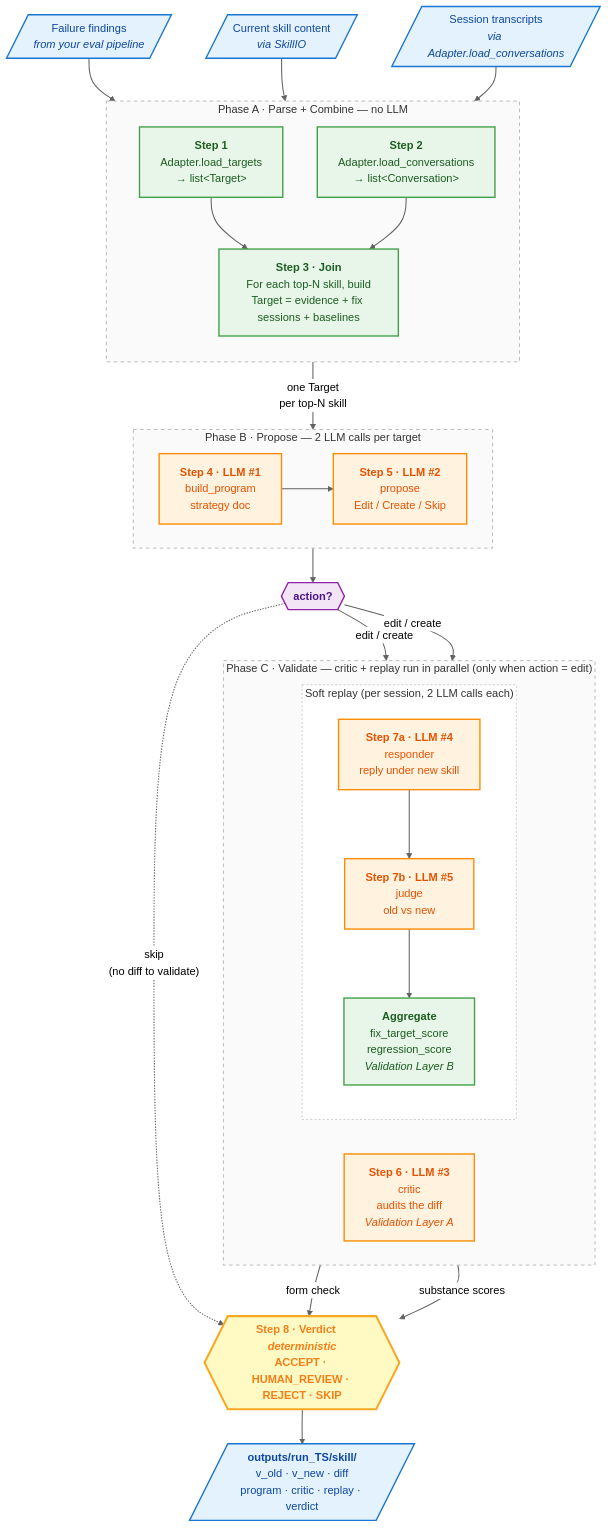
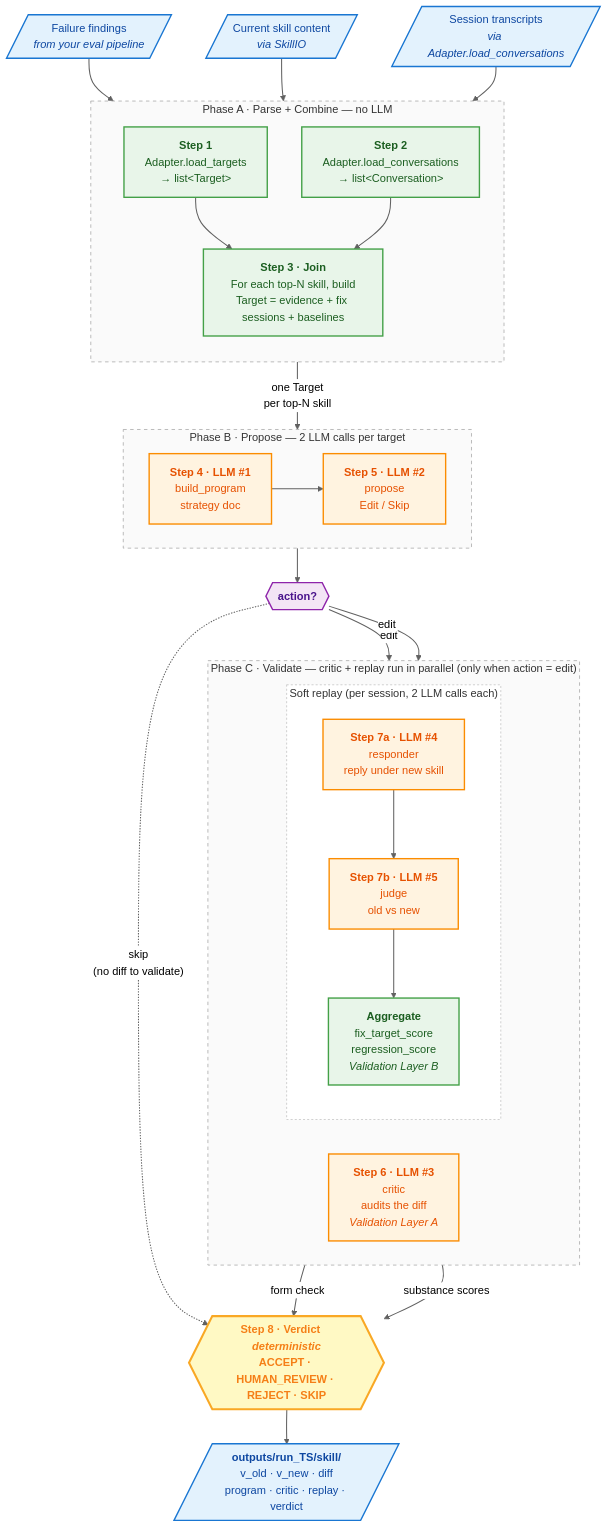
One commit to yilgara/agent-autoresearch changed the diagram in docs/pipeline.md. Above: the diagram before and after it, drawn with Mermaid (neutral theme). The commit also changed other lines of this file and 1 other file, not shown here.

Commit message:
remove create action

````diff
--- a/docs/pipeline.md
+++ b/docs/pipeline.md
@@ -79,73 +79,73 @@
 ```mermaid
 flowchart TB
     %% ── Inputs from your Adapter ──────────────────────────────────────
     UX[/"Failure findings<br/><i>from your eval pipeline</i>"/]:::io
     SK[/"Current skill content<br/><i>via SkillIO</i>"/]:::io
     CV[/"Session transcripts<br/><i>via Adapter.load_conversations</i>"/]:::io
 
     %% ── Phase A · Parse + Combine ─────────────────────────────────────
     subgraph PHA[" Phase A · Parse + Combine — no LLM "]
         direction TB
         S1["<b>Step 1</b><br/>Adapter.load_targets<br/>→ list&lt;Target&gt;"]:::nollm
         S2["<b>Step 2</b><br/>Adapter.load_conversations<br/>→ list&lt;Conversation&gt;"]:::nollm
         S3["<b>Step 3 · Join</b><br/>For each top-N skill, build<br/>Target = evidence + fix sessions + baselines"]:::nollm
         S1 --> S3
         S2 --> S3
     end
     UX --> S1
     SK --> S1
     CV --> S2
 
     %% ── Phase B · Propose (2 LLM calls — produces the candidate edit)
     subgraph PHB[" Phase B · Propose — 2 LLM calls per target "]
         direction LR
         S4["<b>Step 4 · LLM #1</b><br/>build_program<br/>strategy doc"]:::llm
-        S5["<b>Step 5 · LLM #2</b><br/>propose<br/>Edit / Create / Skip"]:::llm
+        S5["<b>Step 5 · LLM #2</b><br/>propose<br/>Edit / Skip"]:::llm
         S4 --> S5
     end
     S3 -- "one Target<br/>per top-N skill" --> S4
 
     %% ── Action gate after step 5 ─────────────────────────────────────
     DEC{{"<b>action?</b>"}}:::decision
     S5 --> DEC
 
     %% ── Phase C · Validate (critic + replay run in parallel) ─────────
     subgraph PHC[" Phase C · Validate — critic + replay run in parallel (only when action = edit) "]
         direction LR
         S6["<b>Step 6 · LLM #3</b><br/>critic<br/>audits the diff<br/><i>Validation Layer A</i>"]:::llm
         subgraph REPLAY["Soft replay (per session, 2 LLM calls each)"]
             direction TB
             S7a["<b>Step 7a · LLM #4</b><br/>responder<br/>reply under new skill"]:::llm
             S7b["<b>Step 7b · LLM #5</b><br/>judge<br/>old vs new"]:::llm
             S7c["<b>Aggregate</b><br/>fix_target_score<br/>regression_score<br/><i>Validation Layer B</i>"]:::nollm
             S7a --> S7b --> S7c
         end
     end
 
-    %% Edit/Create fans out into BOTH critic AND replay (parallel, independent)
-    DEC == "edit / create" ==> S6
-    DEC == "edit / create" ==> S7a
+    %% Edit fans out into BOTH critic AND replay (parallel, independent)
+    DEC == "edit" ==> S6
+    DEC == "edit" ==> S7a
 
     %% Skip bypasses both validation gates entirely
     V{{"<b>Step 8 · Verdict</b> &nbsp;&nbsp; <i>deterministic</i><br/>ACCEPT · HUMAN_REVIEW · REJECT · SKIP"}}:::verdict
     DEC -. "skip<br/>(no diff to validate)" .-> V
 
     %% Critic + Replay both feed verdict
     S6 -- "form check" --> V
     S7c -- "substance scores" --> V
 
     OUT[/"<b>outputs/run_TS/skill/</b><br/>v_old · v_new · diff<br/>program · critic · replay · verdict"/]:::io
     V ==> OUT
 
     %% ── Styling ──────────────────────────────────────────────────────
     classDef nollm fill:#E8F5E9,stroke:#43A047,stroke-width:2px,color:#1B5E20
     classDef llm fill:#FFF3E0,stroke:#FB8C00,stroke-width:2px,color:#E65100
     classDef io fill:#E3F2FD,stroke:#1976D2,stroke-width:2px,color:#0D47A1
     classDef verdict fill:#FFF9C4,stroke:#F9A825,stroke-width:3px,color:#F57F17,font-weight:bold
     classDef decision fill:#F3E5F5,stroke:#8E24AA,stroke-width:2px,color:#4A148C
     style PHA fill:#FAFAFA,stroke:#9E9E9E,stroke-dasharray:5 5
     style PHB fill:#FAFAFA,stroke:#9E9E9E,stroke-dasharray:5 5
     style PHC fill:#FAFAFA,stroke:#9E9E9E,stroke-dasharray:5 5
     style REPLAY fill:#FFFFFF,stroke:#BDBDBD,stroke-dasharray:3 3
     linkStyle default stroke:#616161,stroke-width:1.5px
 ```
````
